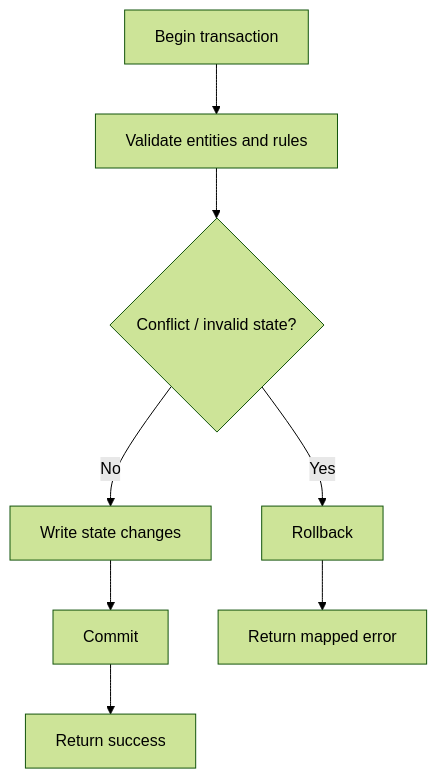
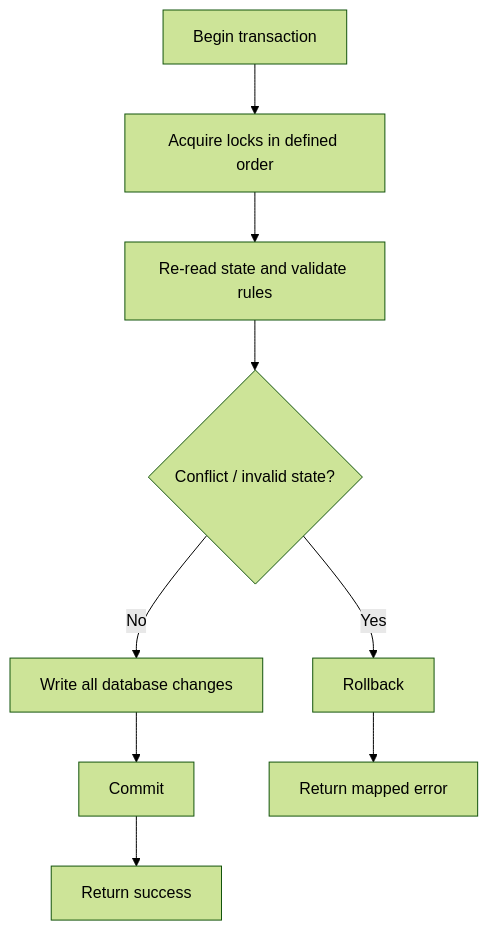
Before and after one commit to sanjana31206-lgtm/sports-court-booking: the sixth of 6 diagrams in Design.md, drawn with Mermaid (forest theme). The commit also changed other lines of this file, not shown here.

````diff
--- a/Design.md
+++ b/Design.md
@@ -274,15 +350,16 @@
 ``` mermaid
 flowchart TD
     Begin["Begin transaction"]
-    Validate["Validate entities and rules"]
+    Lock["Acquire locks in defined order"]
+    Validate["Re-read state and validate rules"]
     Conflict{"Conflict / invalid state?"}
-    Write["Write state changes"]
+    Write["Write all database changes"]
     Commit["Commit"]
     Rollback["Rollback"]
     Success["Return success"]
     Error["Return mapped error"]
 
-    Begin --> Validate --> Conflict
+    Begin --> Lock --> Validate --> Conflict
     Conflict -- Yes --> Rollback --> Error
     Conflict -- No --> Write --> Commit --> Success
 ```
````
